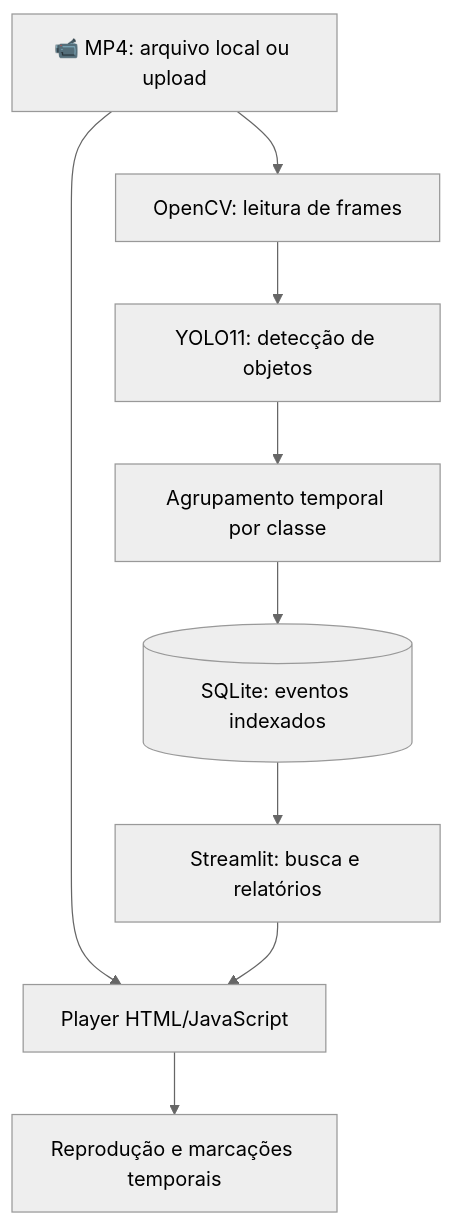
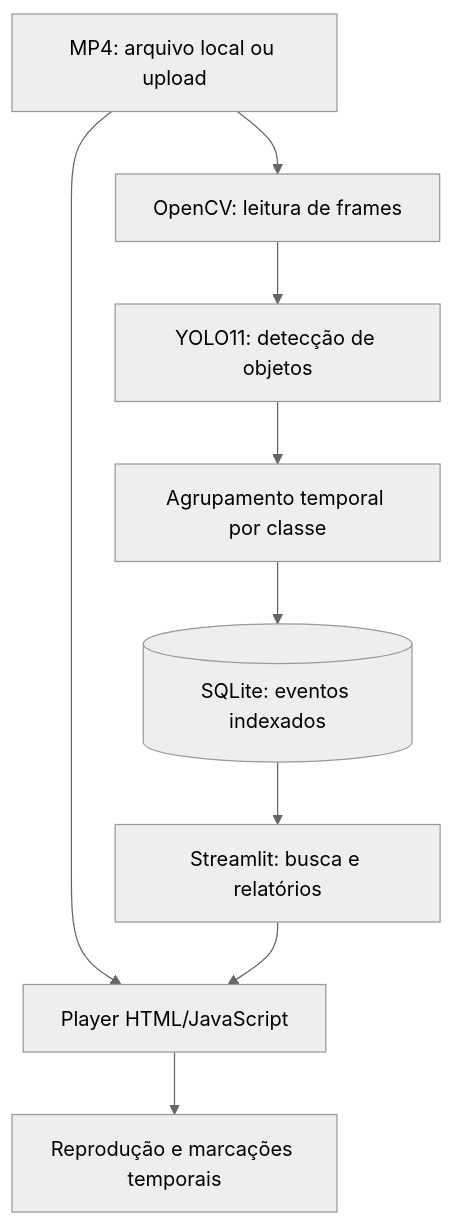
Before and after one commit to joaoxavier-profissional/TCC: the diagram in README.md, drawn with Mermaid (neutral theme). The commit also changed other lines of this file, not shown here.

````diff
--- a/README.md
+++ b/README.md
@@ -45,11 +45,11 @@
 ```mermaid
 flowchart TD
-    A["📹 MP4: arquivo local ou upload"] --> B["OpenCV: leitura de frames"]
+    A["MP4: arquivo local ou upload"] --> B["OpenCV: leitura de frames"]
     B --> C["YOLO11: detecção de objetos"]
     C --> D["Agrupamento temporal por classe"]
     D --> E[("SQLite: eventos indexados")]
     E --> F["Streamlit: busca e relatórios"]
     A --> G["Player HTML/JavaScript"]
     F --> G
     G --> H["Reprodução e marcações temporais"]
 ```
````
